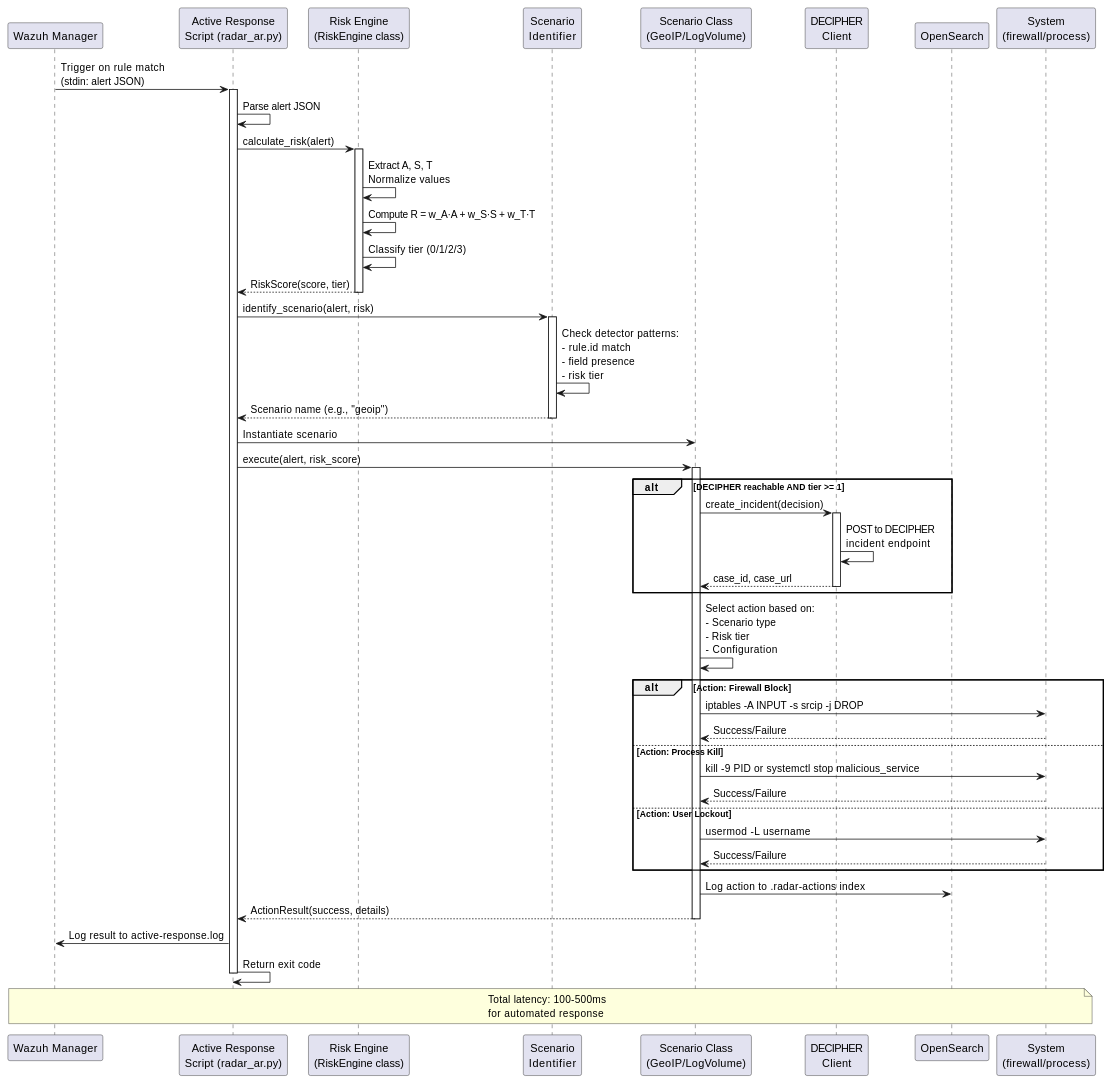
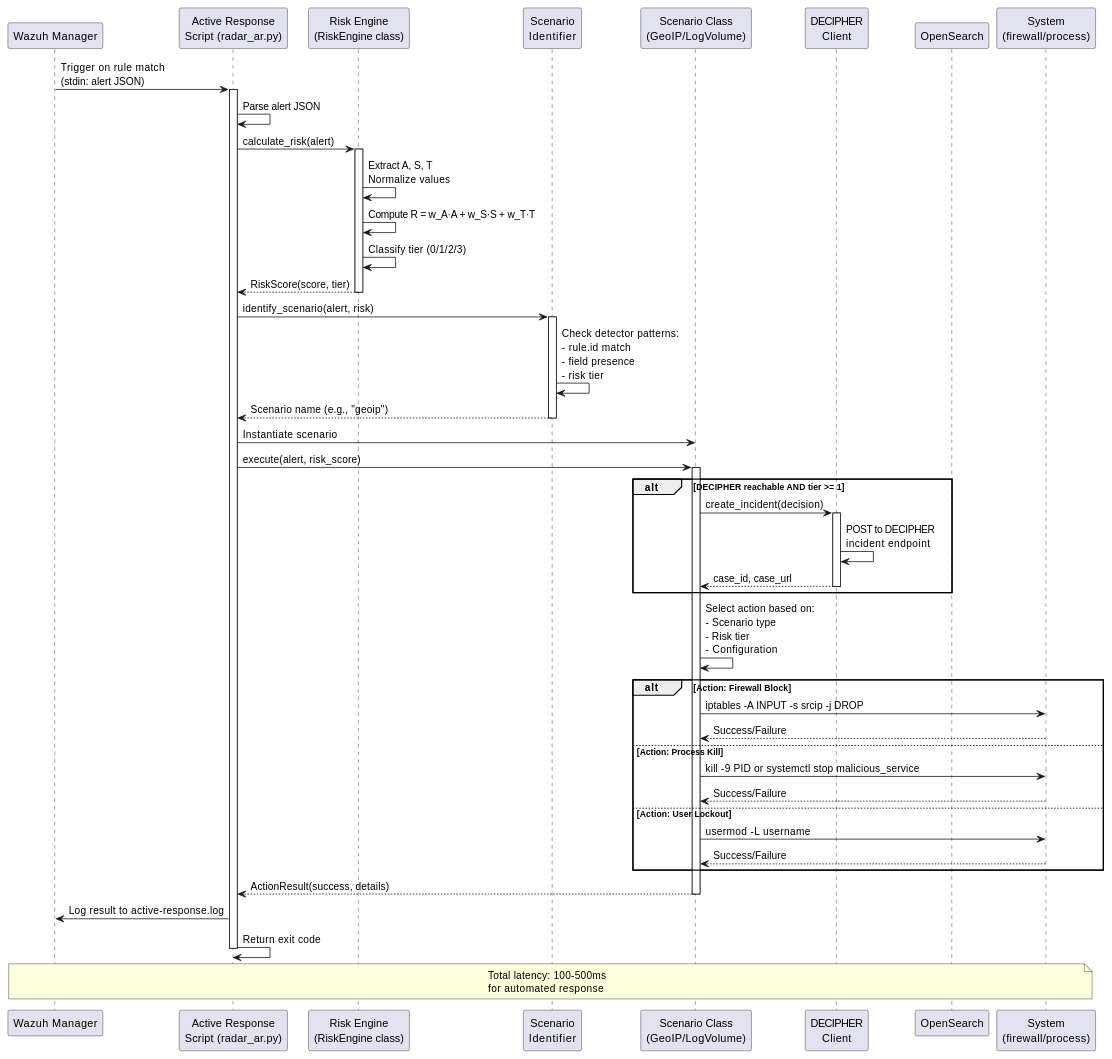
The diagram in docs/specs/larc/LARC-026.md (AbstractionsLab/idps-escape), drawn with PlantUML before and after one commit. The commit also changed 117 other files, not shown here.

````diff
--- a/docs/specs/larc/LARC-026.md
+++ b/docs/specs/larc/LARC-026.md
@@ -223,72 +223,70 @@
 ```plantuml
 @startuml
 participant "Wazuh Manager" as WM
 participant "Active Response\nScript (radar_ar.py)" as AR
 participant "Risk Engine\n(RiskEngine class)" as RE
 participant "Scenario\nIdentifier" as SI
 participant "Scenario Class\n(GeoIP/LogVolume)" as SC
 participant "DECIPHER\nClient" as DC
 participant "OpenSearch" as OS
 participant "System\n(firewall/process)" as SYS
 
 WM -> AR: Trigger on rule match\n(stdin: alert JSON)
 activate AR
 
 AR -> AR: Parse alert JSON
 
 AR -> RE: calculate_risk(alert)
 activate RE
 RE -> RE: Extract A, S, T\nNormalize values
 RE -> RE: Compute R = w_A·A + w_S·S + w_T·T
 RE -> RE: Classify tier (0/1/2/3)
 RE --> AR: RiskScore(score, tier)
 deactivate RE
 
 AR -> SI: identify_scenario(alert, risk)
 activate SI
 SI -> SI: Check detector patterns:\n- rule.id match\n- field presence\n- risk tier
 SI --> AR: Scenario name (e.g., "geoip")
 deactivate SI
 
 AR -> SC: Instantiate scenario
 AR -> SC: execute(alert, risk_score)
 activate SC
 
 alt DECIPHER reachable AND tier >= 1
   SC -> DC: create_incident(decision)
   activate DC
   DC -> DC: POST to DECIPHER\nincident endpoint
   DC --> SC: case_id, case_url
   deactivate DC
 end
 
 SC -> SC: Select action based on:\n- Scenario type\n- Risk tier\n- Configuration
 
 alt Action: Firewall Block
   SC -> SYS: iptables -A INPUT -s srcip -j DROP
   SYS --> SC: Success/Failure
 else Action: Process Kill
   SC -> SYS: kill -9 PID or systemctl stop malicious_service
   SYS --> SC: Success/Failure
 else Action: User Lockout
   SC -> SYS: usermod -L username
   SYS --> SC: Success/Failure
 end
 
-SC -> OS: Log action to .radar-actions index
-
 SC --> AR: ActionResult(success, details)
 deactivate SC
 
 AR -> WM: Log result to active-response.log
 AR -> AR: Return exit code
 
 deactivate AR
 
 note over WM, SYS
   Total latency: 100-500ms
   for automated response
 end note
 
 @enduml
 ```
````
